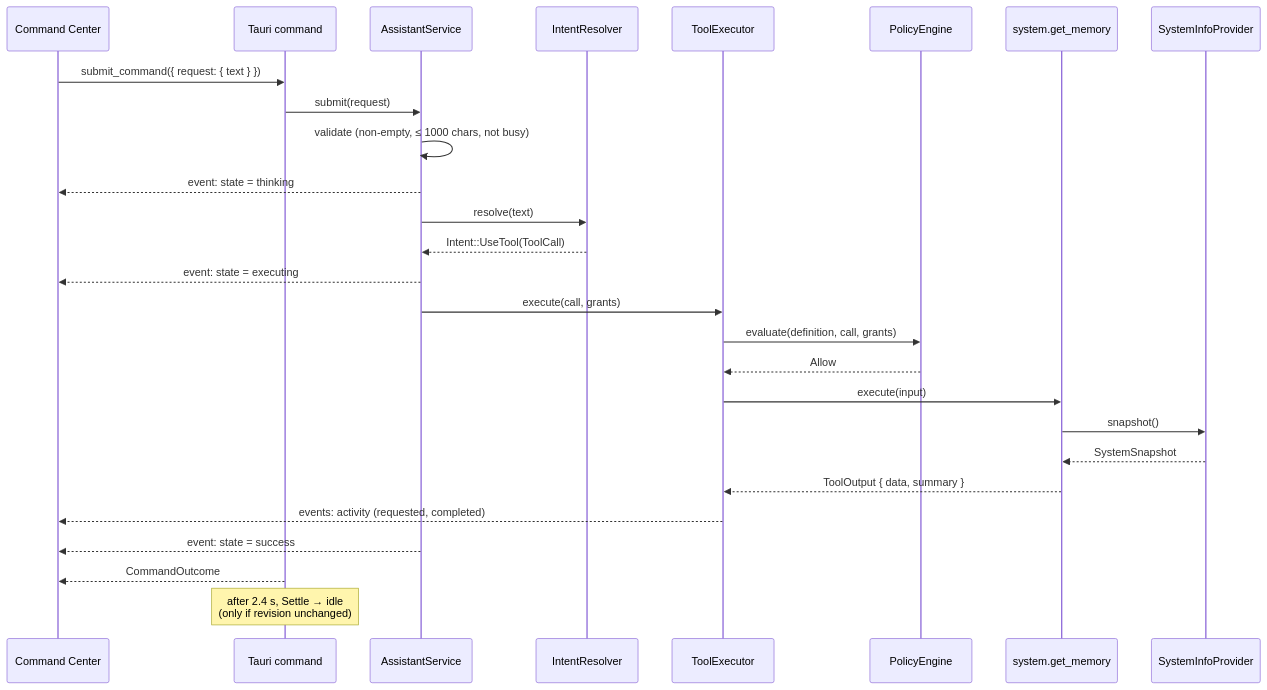
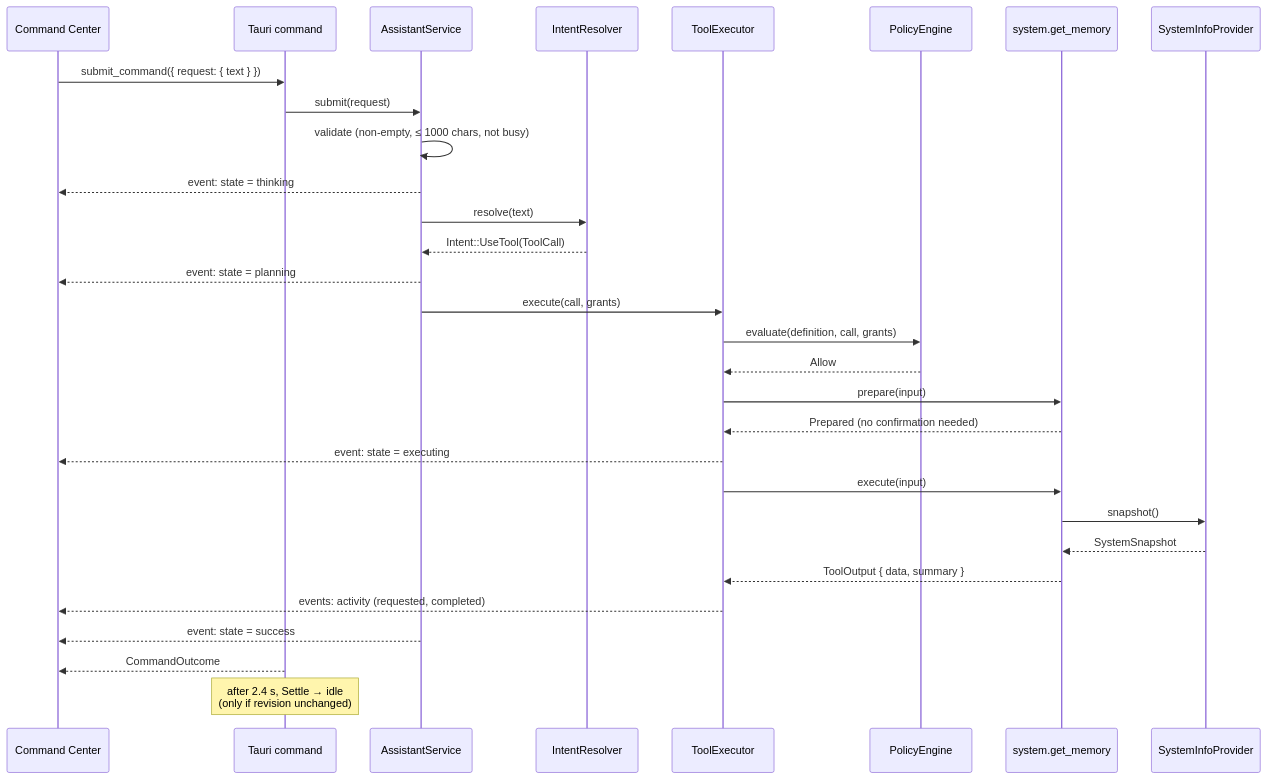
The second of 4 diagrams in docs/ARCHITECTURE.md (jpablortiz96/SERSHI), drawn with Mermaid before and after one commit. The commit also changed other lines of this file and 13 other files, not shown here.

````diff
--- a/docs/ARCHITECTURE.md
+++ b/docs/ARCHITECTURE.md
@@ -92,30 +99,33 @@
 ```mermaid
 sequenceDiagram
     participant UI as Command Center
     participant Shell as Tauri command
     participant Svc as AssistantService
     participant Int as IntentResolver
     participant Exe as ToolExecutor
     participant Pol as PolicyEngine
     participant Tool as system.get_memory
     participant Port as SystemInfoProvider
 
     UI->>Shell: submit_command({ request: { text } })
     Shell->>Svc: submit(request)
     Svc->>Svc: validate (non-empty, ≤ 1000 chars, not busy)
     Svc-->>UI: event: state = thinking
     Svc->>Int: resolve(text)
     Int-->>Svc: Intent::UseTool(ToolCall)
-    Svc-->>UI: event: state = executing
+    Svc-->>UI: event: state = planning
     Svc->>Exe: execute(call, grants)
     Exe->>Pol: evaluate(definition, call, grants)
     Pol-->>Exe: Allow
+    Exe->>Tool: prepare(input)
+    Tool-->>Exe: Prepared (no confirmation needed)
+    Exe-->>UI: event: state = executing
     Exe->>Tool: execute(input)
     Tool->>Port: snapshot()
     Port-->>Tool: SystemSnapshot
     Tool-->>Exe: ToolOutput { data, summary }
     Exe-->>UI: events: activity (requested, completed)
     Svc-->>UI: event: state = success
     Shell-->>UI: CommandOutcome
     Note over Shell: after 2.4 s, Settle → idle<br/>(only if revision unchanged)
 ```
````
